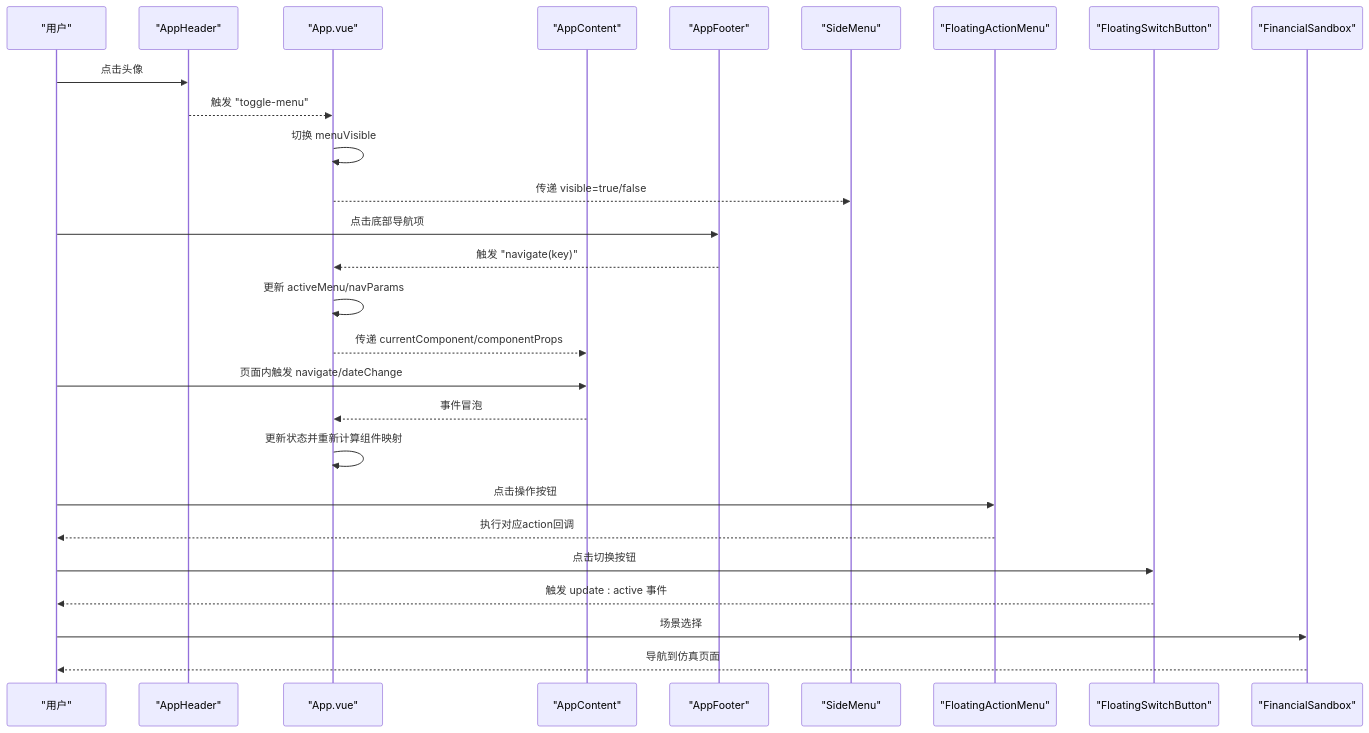
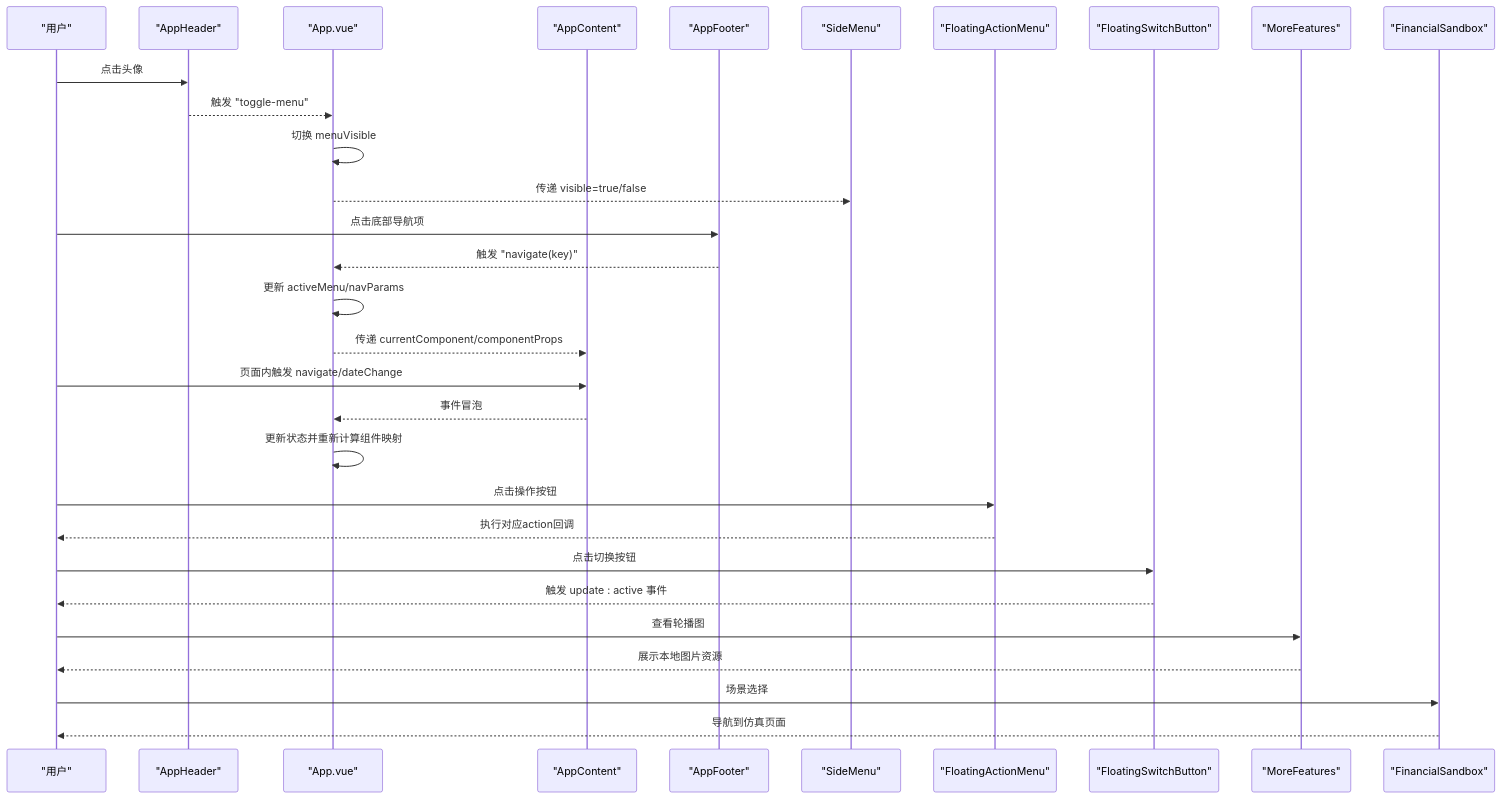
The second of 20 diagrams in .qoder/repowiki/zh/content/UI组件/UI组件.md (xiao-lin-unit/yuan), drawn with Mermaid before and after one commit. The commit also changed other lines of this file and 11 other files, not shown here.

````diff
--- a/.qoder/repowiki/zh/content/UI组件/UI组件.md
+++ b/.qoder/repowiki/zh/content/UI组件/UI组件.md
@@ -265,29 +266,32 @@
 ```mermaid
 sequenceDiagram
 participant U as "用户"
 participant AH as "AppHeader"
 participant APP as "App.vue"
 participant AC as "AppContent"
 participant AF as "AppFooter"
 participant SM as "SideMenu"
 participant FAM as "FloatingActionMenu"
 participant FSB as "FloatingSwitchButton"
+participant MF as "MoreFeatures"
 participant FS as "FinancialSandbox"
 U->>AH : 点击头像
 AH-->>APP : 触发 "toggle-menu"
 APP->>APP : 切换 menuVisible
 APP-->>SM : 传递 visible=true/false
 U->>AF : 点击底部导航项
 AF-->>APP : 触发 "navigate(key)"
 APP->>APP : 更新 activeMenu/navParams
 APP-->>AC : 传递 currentComponent/componentProps
 U->>AC : 页面内触发 navigate/dateChange
 AC-->>APP : 事件冒泡
 APP->>APP : 更新状态并重新计算组件映射
 U->>FAM : 点击操作按钮
 FAM-->>U : 执行对应action回调
 U->>FSB : 点击切换按钮
 FSB-->>U : 触发 update : active 事件
+U->>MF : 查看轮播图
+MF-->>U : 展示本地图片资源
 U->>FS : 场景选择
 FS-->>U : 导航到仿真页面
 ```
````
